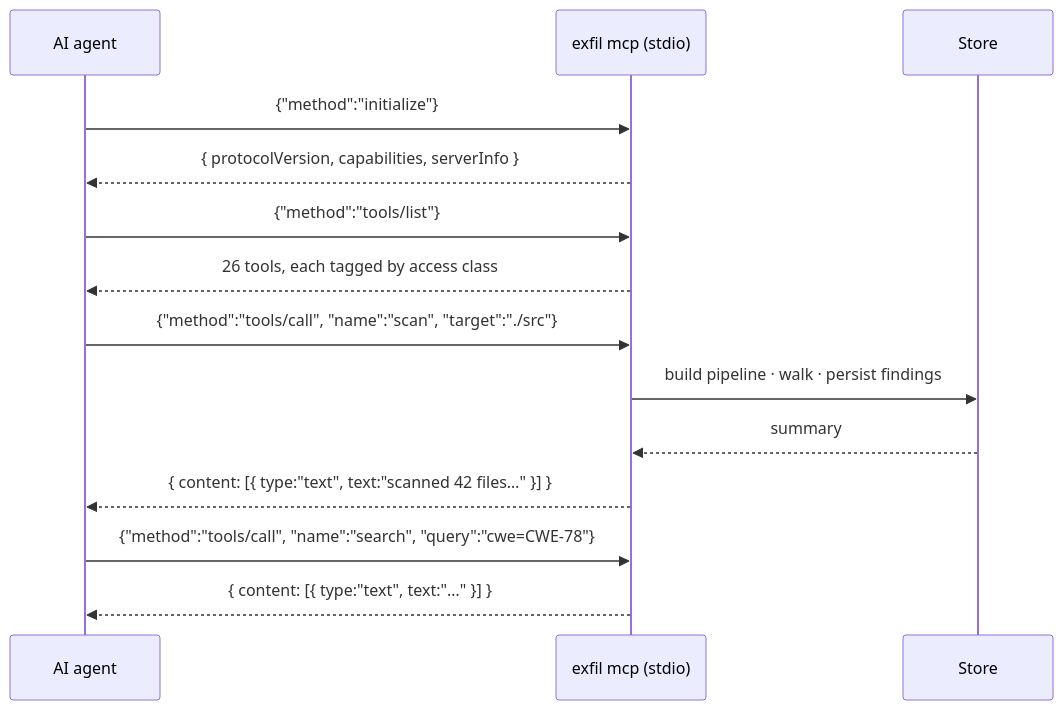
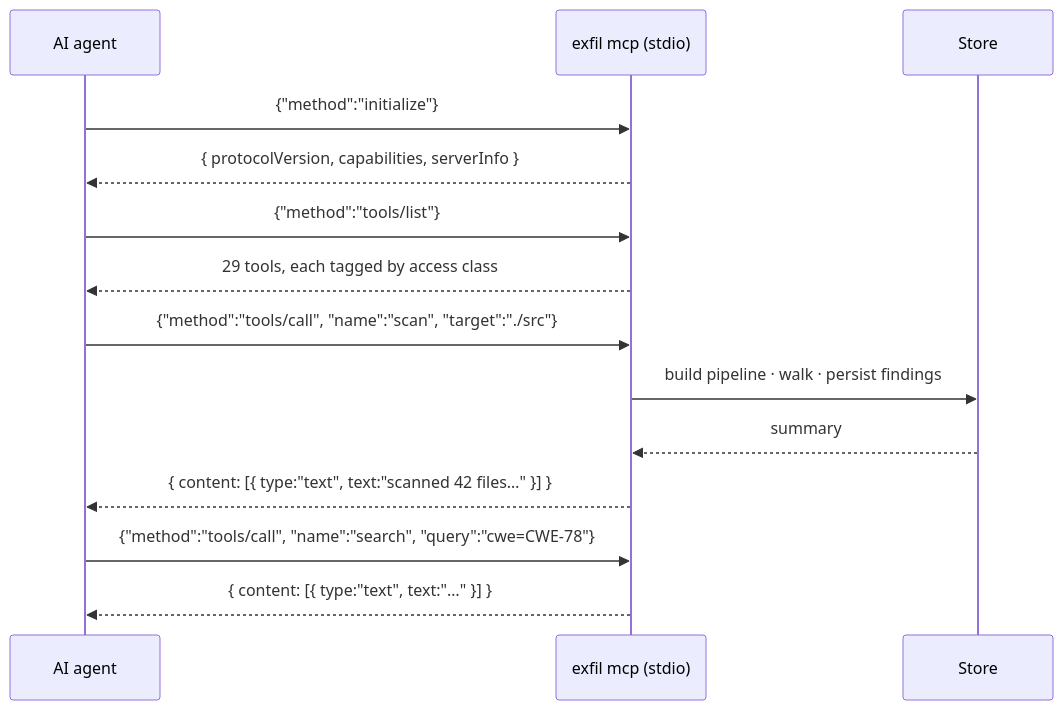
The first of 6 diagrams in docs/src/architecture/integrations.md (rangertaha/exfil), drawn with Mermaid before and after one commit. The commit also changed other lines of this file and 14 other files, not shown here.

````diff
--- a/docs/src/architecture/integrations.md
+++ b/docs/src/architecture/integrations.md
@@ -29,16 +29,16 @@
 ```mermaid
 sequenceDiagram
     participant A as AI agent
     participant S as exfil mcp (stdio)
     participant DB as Store
     A->>S: {"method":"initialize"}
     S-->>A: { protocolVersion, capabilities, serverInfo }
     A->>S: {"method":"tools/list"}
-    S-->>A: 26 tools, each tagged by access class
+    S-->>A: 29 tools, each tagged by access class
     A->>S: {"method":"tools/call", "name":"scan", "target":"./src"}
     S->>DB: build pipeline · walk · persist findings
     DB-->>S: summary
     S-->>A: { content: [{ type:"text", text:"scanned 42 files…" }] }
     A->>S: {"method":"tools/call", "name":"search", "query":"cwe=CWE-78"}
     S-->>A: { content: [{ type:"text", text:"…" }] }
 ```
````
